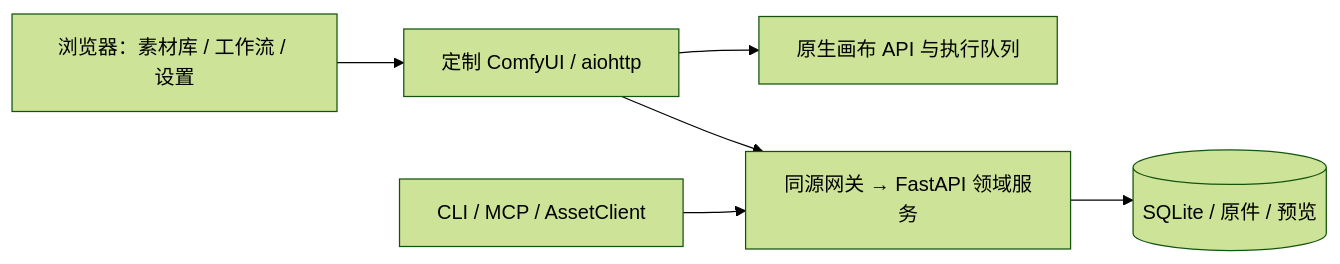
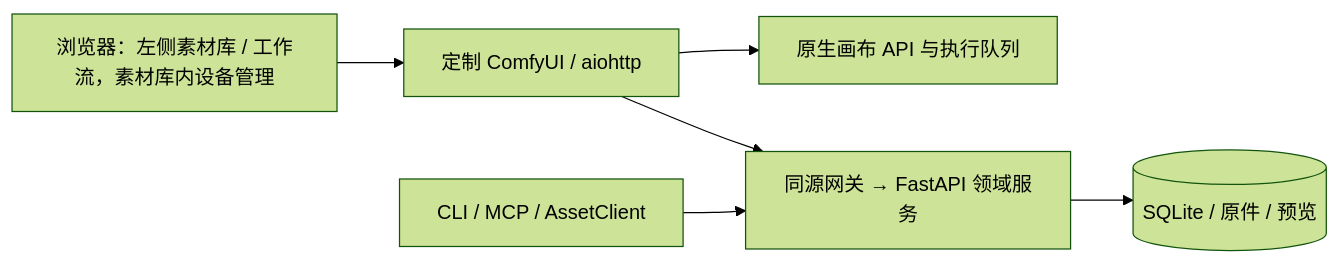
One commit to MaojieXu/AstroPhotoFlow changed the diagram in docs/architecture/overview.md. Above: the diagram before and after it, drawn with Mermaid (forest theme). The commit also changed other lines of this file and 13 other files, not shown here.

````diff
--- a/docs/architecture/overview.md
+++ b/docs/architecture/overview.md
@@ -5,8 +5,8 @@
 ```mermaid
 flowchart LR
-  UI[浏览器：素材库 / 工作流 / 设置] --> WEB[定制 ComfyUI / aiohttp]
+  UI[浏览器：左侧素材库 / 工作流，素材库内设备管理] --> WEB[定制 ComfyUI / aiohttp]
   WEB --> ENGINE[原生画布 API 与执行队列]
   WEB --> API[同源网关 → FastAPI 领域服务]
   CLI[CLI / MCP / AssetClient] --> API
   API --> DATA[(SQLite / 原件 / 预览)]
 ```
````
